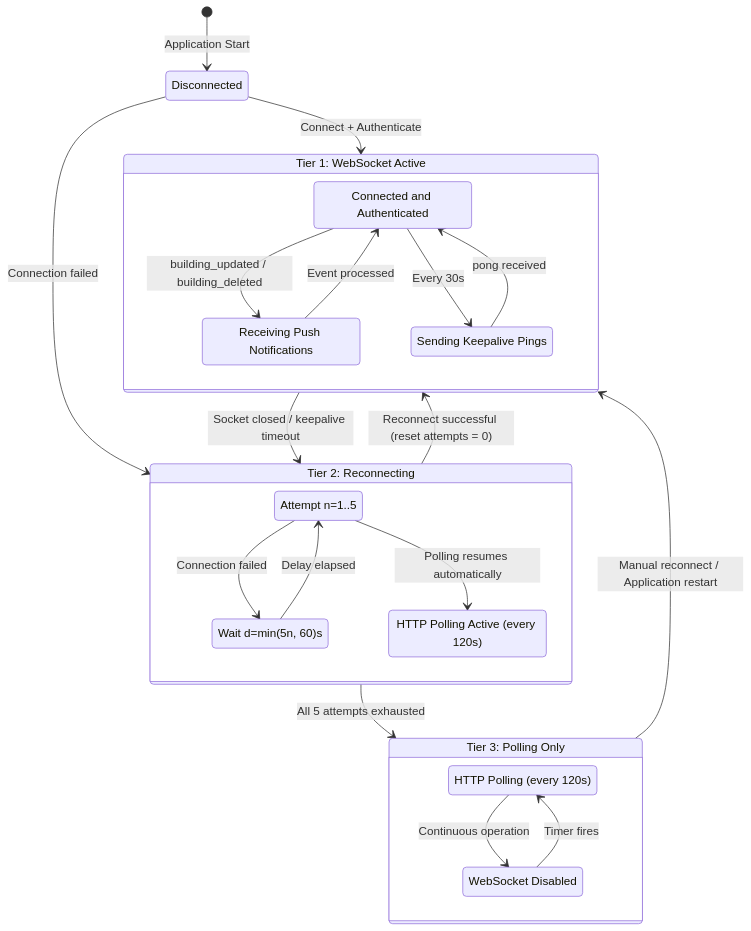
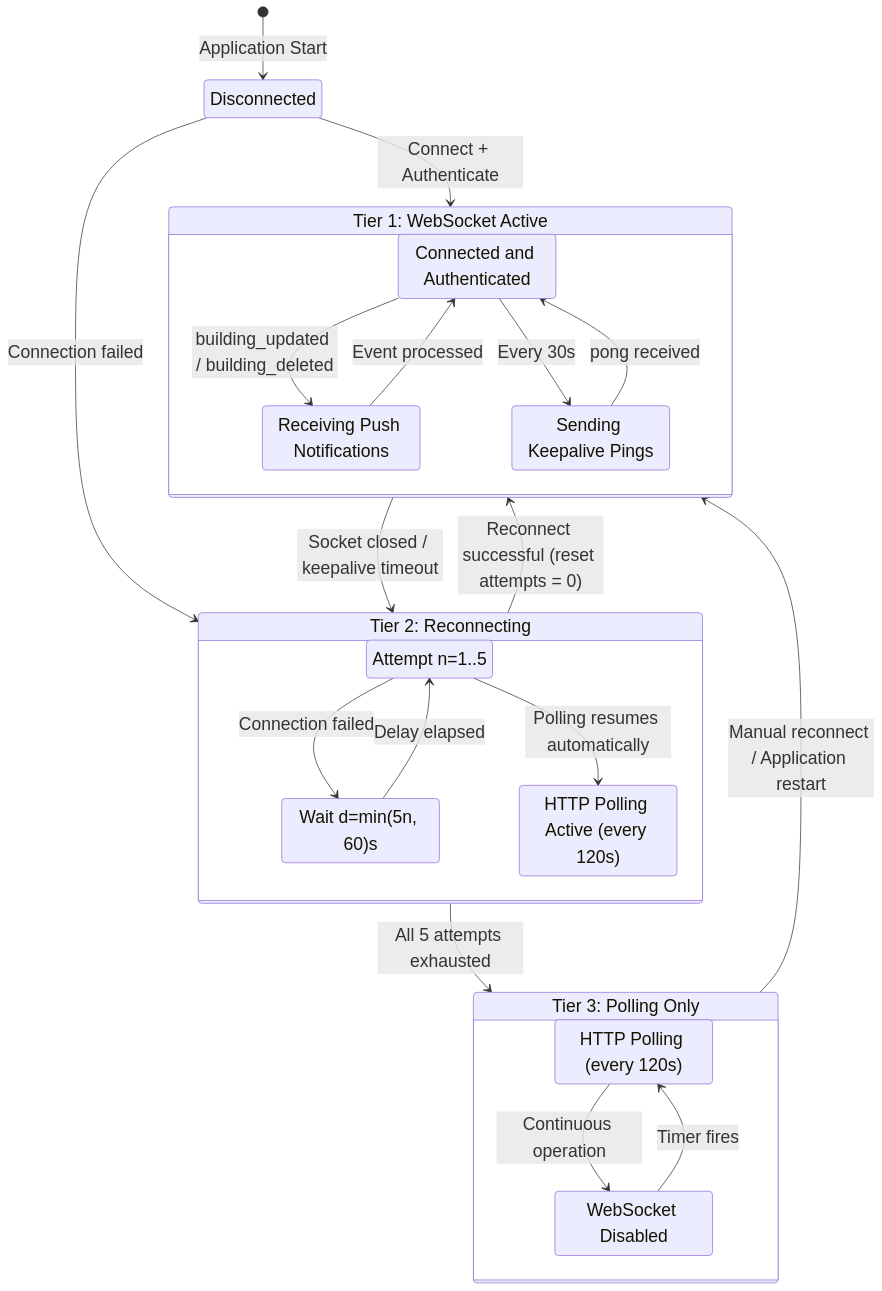
The diagram in Assets/documentation/diagrams/methodology/fig_3x3_fallback_states.mmd (Cephas2374/Unity), drawn with Mermaid before and after one commit. The commit also changed 196 other files, not shown here.

First line of the commit message:
Full project sync: all Unity assets, diagrams with increased fonts, source code, and config

```diff
--- a/Assets/documentation/diagrams/methodology/fig_3x3_fallback_states.mmd
+++ b/Assets/documentation/diagrams/methodology/fig_3x3_fallback_states.mmd
@@ -1,38 +1,39 @@
+%%{init: {"theme": "default", "themeVariables": {"fontSize": "24px"}, "state": {"fontSize": 22}} }%%
 stateDiagram-v2
     [*] --> Disconnected: Application Start
     
     state "Tier 1: WebSocket Active" as T1 {
         state "Connected and Authenticated" as Active
         state "Receiving Push Notifications" as Receiving
         state "Sending Keepalive Pings" as Pinging
 
         Active --> Receiving: building_updated / building_deleted
         Receiving --> Active: Event processed
         Active --> Pinging: Every 30s
         Pinging --> Active: pong received
     }
 
     state "Tier 2: Reconnecting" as T2 {
         state "Attempt n=1..5" as Retry
         state "Wait d=min(5n, 60)s" as Wait
         state "HTTP Polling Active (every 120s)" as Poll
 
         Retry --> Wait: Connection failed
         Wait --> Retry: Delay elapsed
         Retry --> Poll: Polling resumes automatically
     }
 
     state "Tier 3: Polling Only" as T3 {
         state "HTTP Polling (every 120s)" as PollOnly
         state "WebSocket Disabled" as Disabled
 
         PollOnly --> Disabled: Continuous operation
         Disabled --> PollOnly: Timer fires
     }
 
     Disconnected --> T1: Connect + Authenticate
     Disconnected --> T2: Connection failed
     T1 --> T2: Socket closed / keepalive timeout
     T2 --> T1: Reconnect successful (reset attempts = 0)
     T2 --> T3: All 5 attempts exhausted
     T3 --> T1: Manual reconnect / Application restart
```
